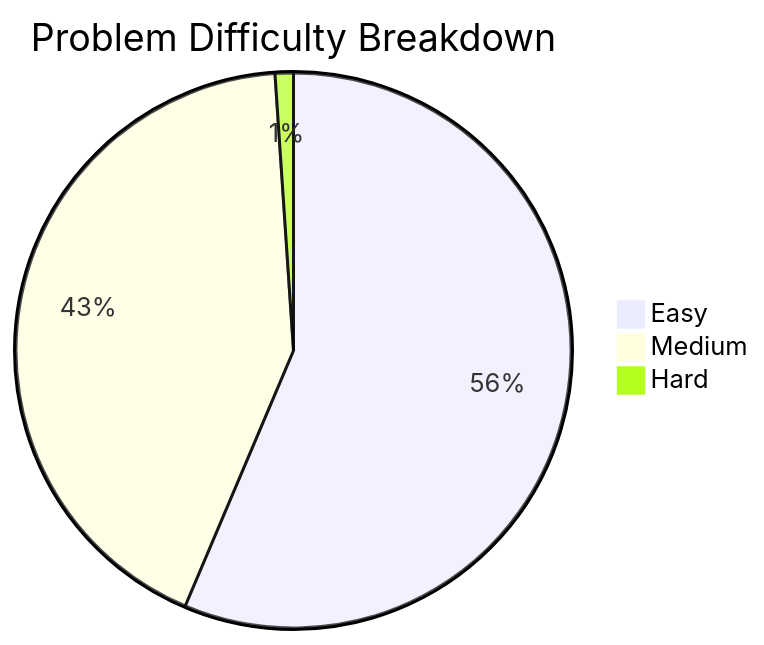
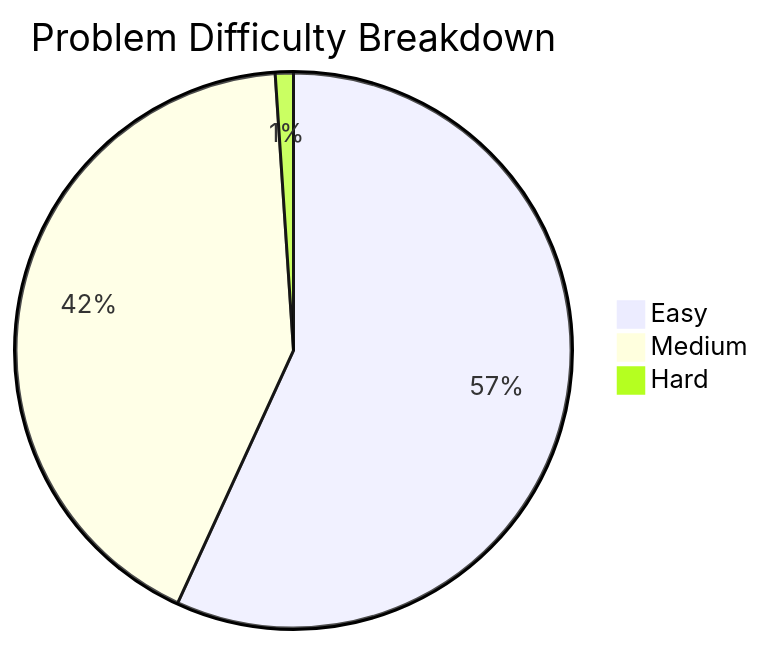
Before and after one commit to vivekkushwahaofficial/leetcode-solutions: the diagram in stats/progress.md, drawn with Mermaid. The commit also changed other lines of this file and 7 other files, not shown here.

````diff
--- a/stats/progress.md
+++ b/stats/progress.md
@@ -18,6 +18,6 @@
 ```mermaid
 pie title Problem Difficulty Breakdown
-    "Easy" : 53
+    "Easy" : 54
     "Medium" : 40
     "Hard" : 1
 ```
````
